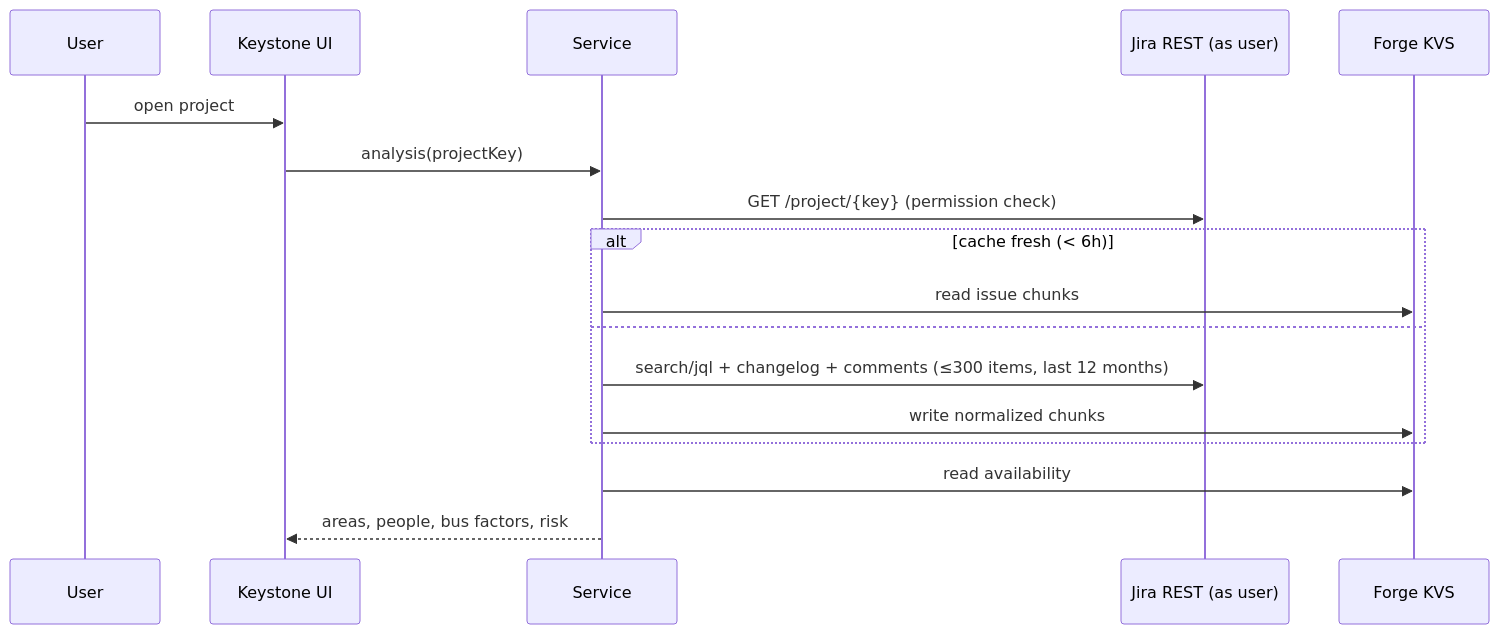
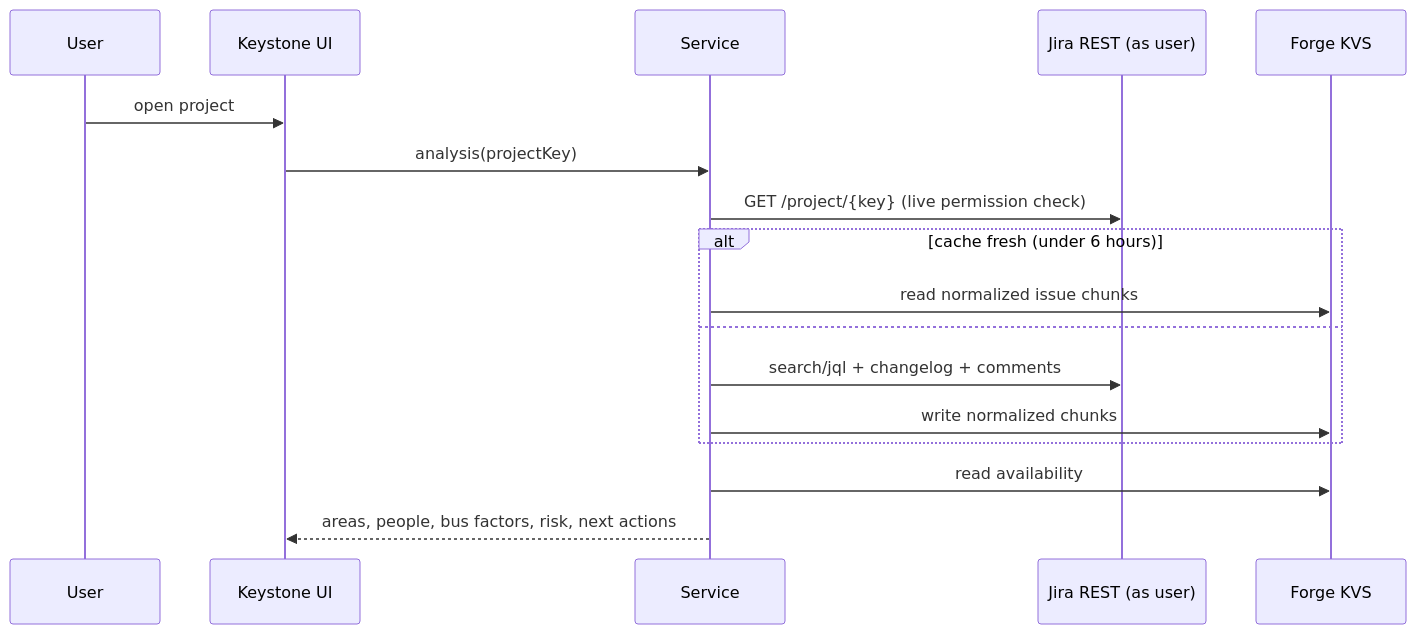
The second of 2 diagrams in README.md (adeelfalaksher900-creator/keystone-forge), drawn with Mermaid before and after one commit. The commit also changed other lines of this file, not shown here.

````diff
--- a/README.md
+++ b/README.md
@@ -53,19 +127,19 @@
 ```mermaid
 sequenceDiagram
   participant U as User
   participant UI as Keystone UI
   participant S as Service
   participant J as Jira REST (as user)
   participant K as Forge KVS
   U->>UI: open project
   UI->>S: analysis(projectKey)
-  S->>J: GET /project/{key} (permission check)
-  alt cache fresh (< 6h)
-    S->>K: read issue chunks
+  S->>J: GET /project/{key} (live permission check)
+  alt cache fresh (under 6 hours)
+    S->>K: read normalized issue chunks
   else
-    S->>J: search/jql + changelog + comments (≤300 items, last 12 months)
+    S->>J: search/jql + changelog + comments
     S->>K: write normalized chunks
   end
   S->>K: read availability
-  S-->>UI: areas, people, bus factors, risk
+  S-->>UI: areas, people, bus factors, risk, next actions
 ```
````
